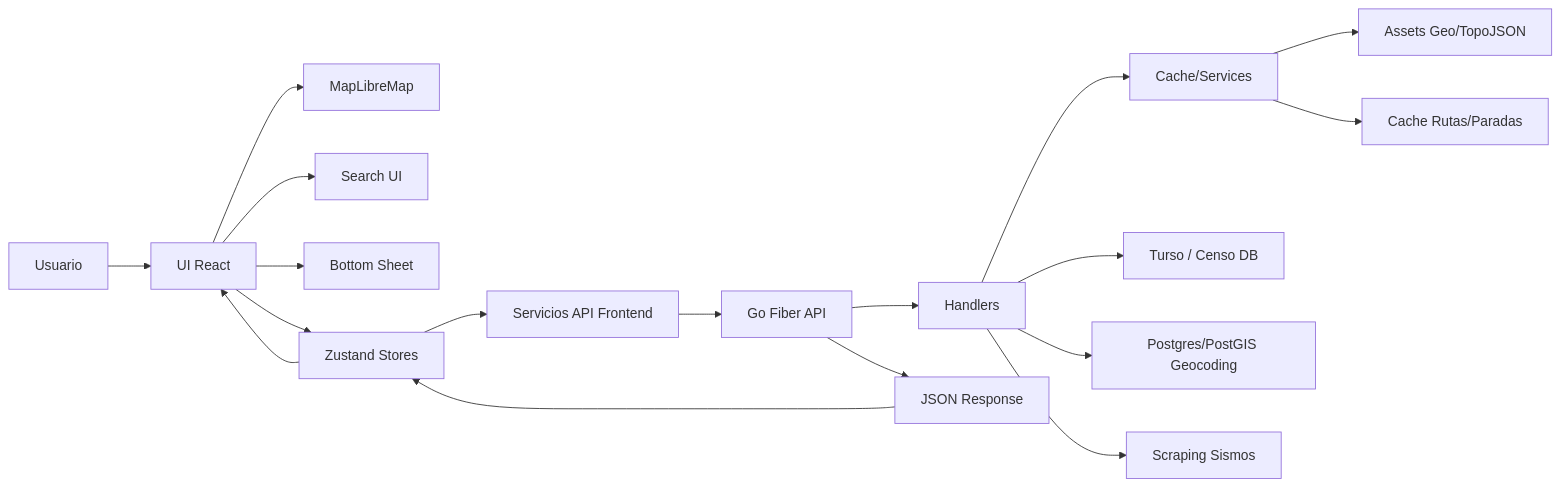
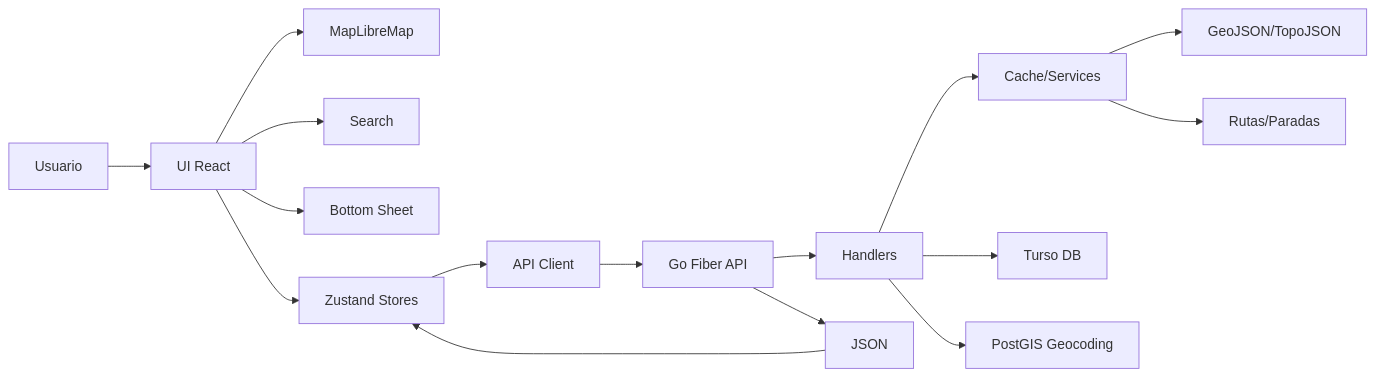
One commit to chivomap/chivomap changed the diagram in README.md. Above: the diagram before and after it, drawn with Mermaid. The commit also changed other lines of this file and 8 other files, not shown here.

````diff
--- a/README.md
+++ b/README.md
@@ -29,20 +70,18 @@
 ```mermaid
 flowchart LR
     U[Usuario] --> UI[UI React]
     UI --> MAP[MapLibreMap]
-    UI --> SEARCH[Search UI]
+    UI --> SEARCH[Search]
     UI --> SHEET[Bottom Sheet]
     UI --> STORE[Zustand Stores]
-    STORE --> SVC[Servicios API Frontend]
+    STORE --> SVC[API Client]
     SVC --> API[Go Fiber API]
     API --> H[Handlers]
     H --> C[Cache/Services]
-    C --> GEO[Assets Geo/TopoJSON]
-    C --> RUTAS[Cache Rutas/Paradas]
-    H --> DB[Turso / Censo DB]
-    H --> PG[Postgres/PostGIS Geocoding]
-    H --> SCRAPE[Scraping Sismos]
-    API --> RESP[JSON Response]
+    C --> GEO[GeoJSON/TopoJSON]
+    C --> RUTAS[Rutas/Paradas]
+    H --> DB[Turso DB]
+    H --> PG[PostGIS Geocoding]
+    API --> RESP[JSON]
     RESP --> STORE
-    STORE --> UI
 ```
````
